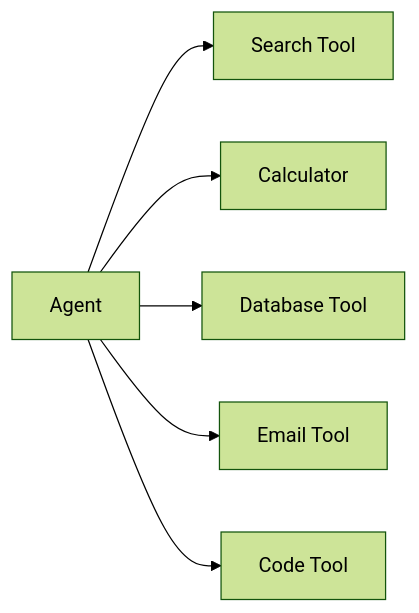
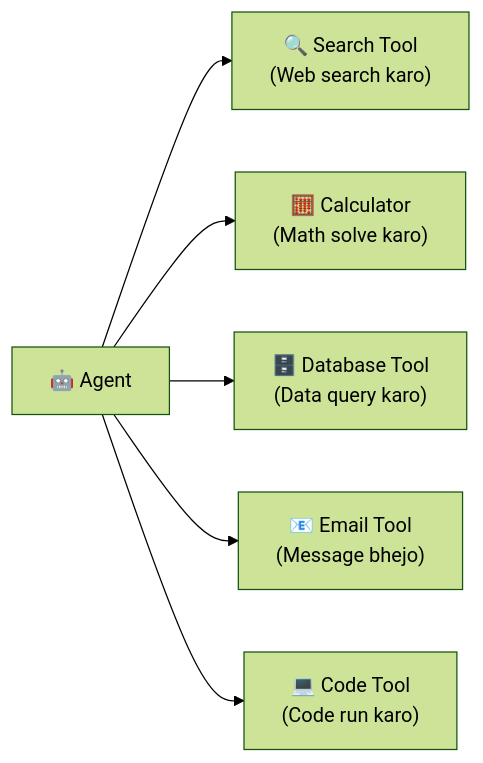
One commit to Sameer-Malik20/SusaGPT-Build-LLM-From-Scratch-With-Hinglish-Learning-Material changed the seventh of 14 diagrams in docs/ai/AI_Agents_Guide.md. Above: the diagram before and after it, drawn with Mermaid (forest theme). The commit also changed other lines of this file and 10 other files, not shown here.

````diff
--- a/docs/ai/AI_Agents_Guide.md
+++ b/docs/ai/AI_Agents_Guide.md
@@ -194,8 +220,8 @@
 ```mermaid
 flowchart LR
-    A[Agent] --> B[Search Tool]
-    A --> C[Calculator]
-    A --> D[Database Tool]
-    A --> E[Email Tool]
-    A --> F[Code Tool]
+    A["🤖 Agent"] --> B["🔍 Search Tool\n(Web search karo)"]
+    A --> C["🧮 Calculator\n(Math solve karo)"]
+    A --> D["🗄️ Database Tool\n(Data query karo)"]
+    A --> E["📧 Email Tool\n(Message bhejo)"]
+    A --> F["💻 Code Tool\n(Code run karo)"]
 ```
````
